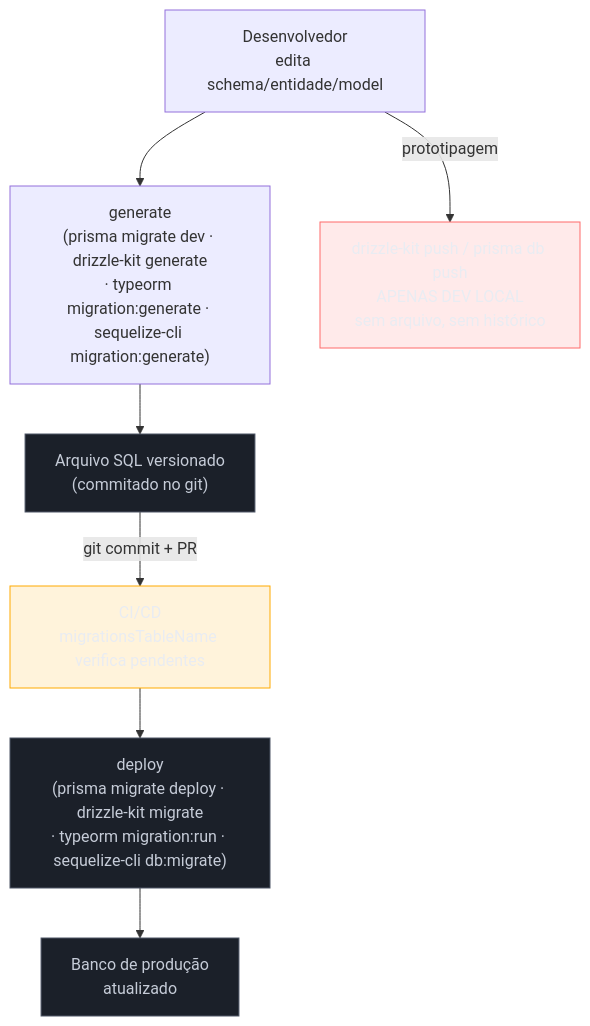
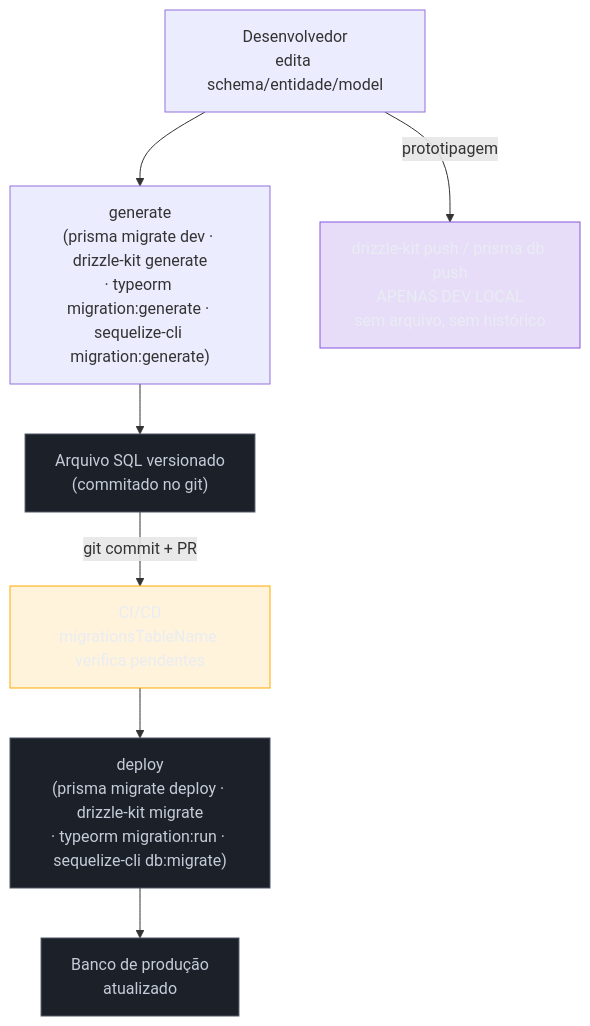
The diagram in 03-Dominios/Tecnologia/Node/ORMs e banco de dados/07 - Migrations e versionamento de schema.md (josenaldo/codex-technomanticus), drawn with Mermaid before and after one commit. The commit also changed 601 other files, not shown here.

````diff
--- a/03-Dominios/Tecnologia/Node/ORMs e banco de dados/07 - Migrations e versionamento de schema.md
+++ b/03-Dominios/Tecnologia/Node/ORMs e banco de dados/07 - Migrations e versionamento de schema.md
@@ -26,27 +26,27 @@
 ```mermaid
 flowchart TD
+    classDef marca fill:#8855DF33,stroke:#8855DF,color:#E9ECF2
     classDef neutro fill:#1B2029,stroke:#4E5666,color:#C6CCD8
-    classDef falha fill:#FF6B6B24,stroke:#FF6B6B,color:#E9ECF2
     classDef destaque fill:#FFAA0024,stroke:#FFAA00,color:#E9ECF2
     DEV["Desenvolvedor\nedita schema/entidade/model"]
     GEN["generate\n(prisma migrate dev · drizzle-kit generate\n· typeorm migration:generate · sequelize-cli migration:generate)"]
     FILE["Arquivo SQL versionado\n(commitado no git)"]
     CI["CI/CD\nmigrationsTableName verifica pendentes"]
     APPLY["deploy\n(prisma migrate deploy · drizzle-kit migrate\n· typeorm migration:run · sequelize-cli db:migrate)"]
     PROD["Banco de produção\natualizado"]
 
     DEV --> GEN
     GEN --> FILE
     FILE -->|"git commit + PR"| CI
     CI --> APPLY
     APPLY --> PROD
 
     PUSH["drizzle-kit push / prisma db push\nAPENAS DEV LOCAL\nsem arquivo, sem histórico"]
     DEV -->|"prototipagem"| PUSH
 
     class FILE neutro
     class APPLY neutro
-    class PUSH falha
+    class PUSH marca
     class CI destaque
     class PROD neutro
 ```
````
